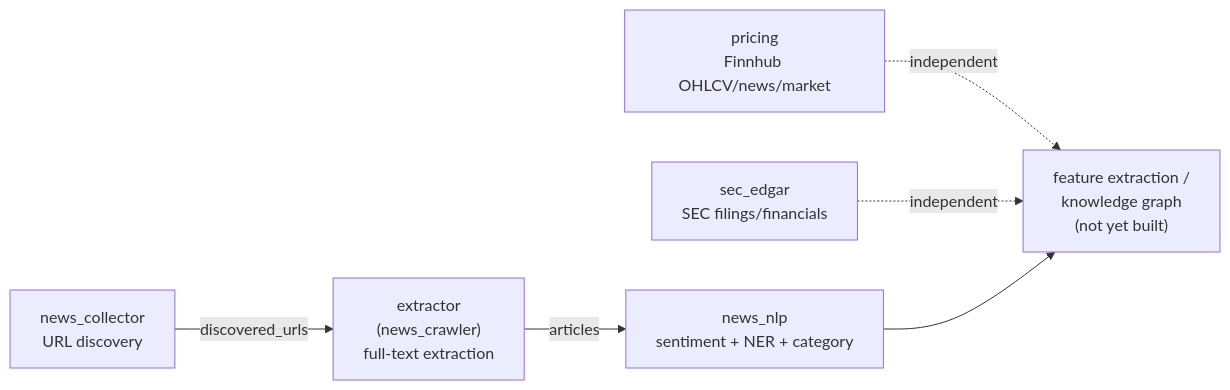
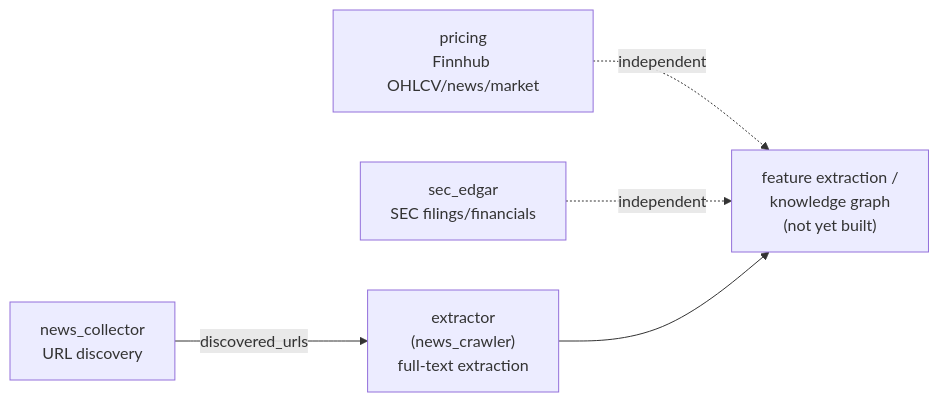
Before and after one commit to gamug/portfolio-data-mining: the diagram in README.md, drawn with Mermaid. The commit also changed other lines of this file and 36 other files, not shown here.

First line of the commit message:
chore: remove news_nlp (extracted to gamug/portfolio-nlp)

````diff
--- a/README.md
+++ b/README.md
@@ -10,8 +10,7 @@
 ```mermaid
 graph LR
     A["news_collector\nURL discovery"] -->|discovered_urls| B["extractor\n(news_crawler)\nfull-text extraction"]
-    B -->|articles| C["news_nlp\nsentiment + NER + category"]
     D["pricing\nFinnhub OHLCV/news/market"] -.->|independent| F
     E["sec_edgar\nSEC filings/financials"] -.->|independent| F
-    C --> F["feature extraction /\nknowledge graph\n(not yet built)"]
+    B --> F["feature extraction /\nknowledge graph\n(not yet built)"]
 ```
````
